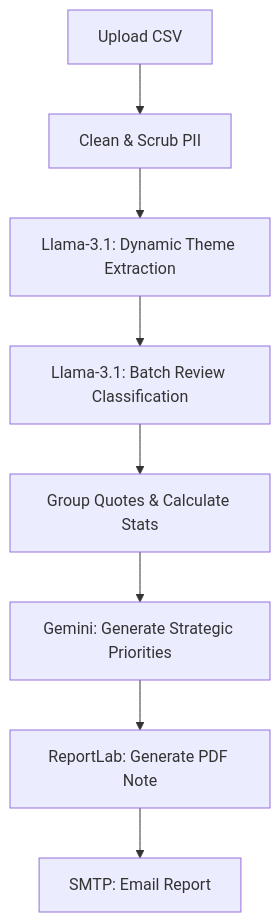
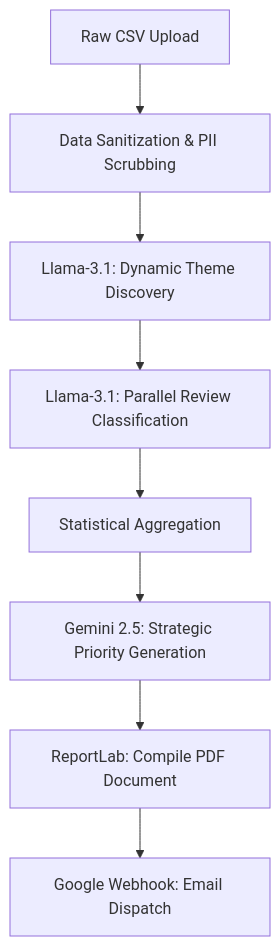
The diagram in README.md (hardiksharma29002-stack/app-review-analyzer-), drawn with Mermaid before and after one commit. The commit also changed other lines of this file, not shown here.

````diff
--- a/README.md
+++ b/README.md
@@ -18,10 +36,10 @@
 ```mermaid
 graph TD
-    A[Upload CSV] --> B[Clean & Scrub PII]
-    B --> C[Llama-3.1: Dynamic Theme Extraction]
-    C --> D[Llama-3.1: Batch Review Classification]
-    D --> E[Group Quotes & Calculate Stats]
-    E --> F[Gemini: Generate Strategic Priorities]
-    F --> G[ReportLab: Generate PDF Note]
-    G --> H[SMTP: Email Report]
+    A[Raw CSV Upload] --> B[Data Sanitization & PII Scrubbing]
+    B --> C[Llama-3.1: Dynamic Theme Discovery]
+    C --> D[Llama-3.1: Parallel Review Classification]
+    D --> E[Statistical Aggregation]
+    E --> F[Gemini 2.5: Strategic Priority Generation]
+    F --> G[ReportLab: Compile PDF Document]
+    G --> H[Google Webhook: Email Dispatch]
 ```
````
